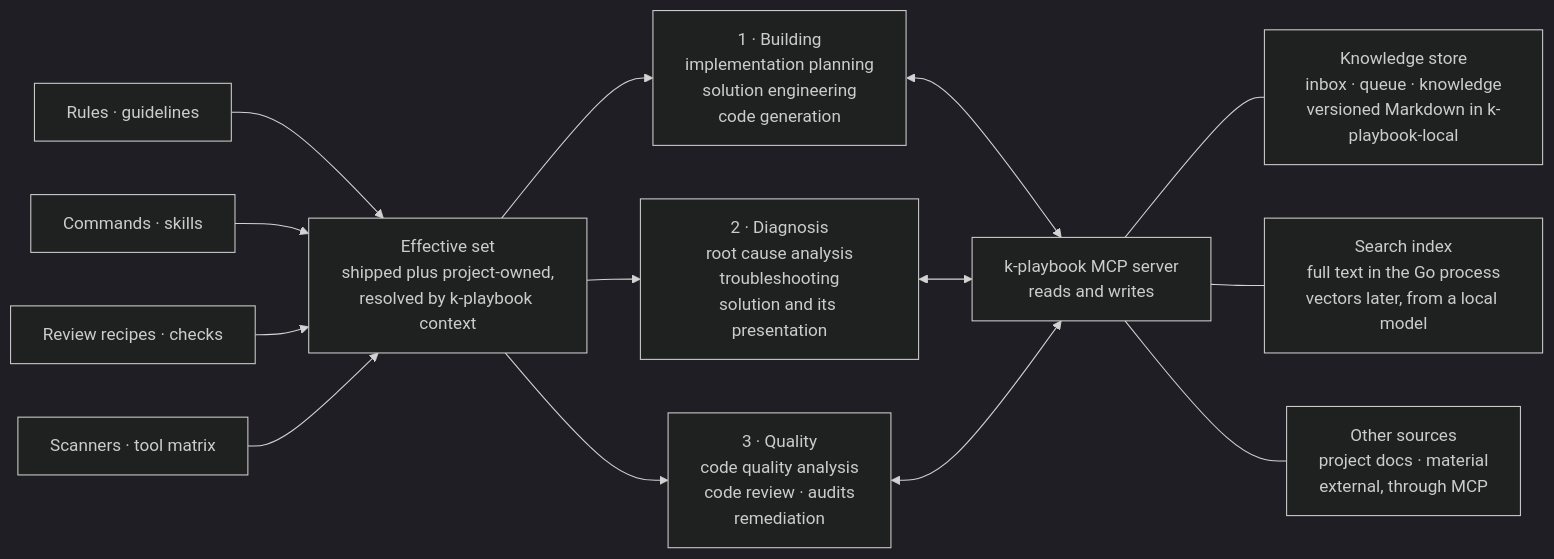
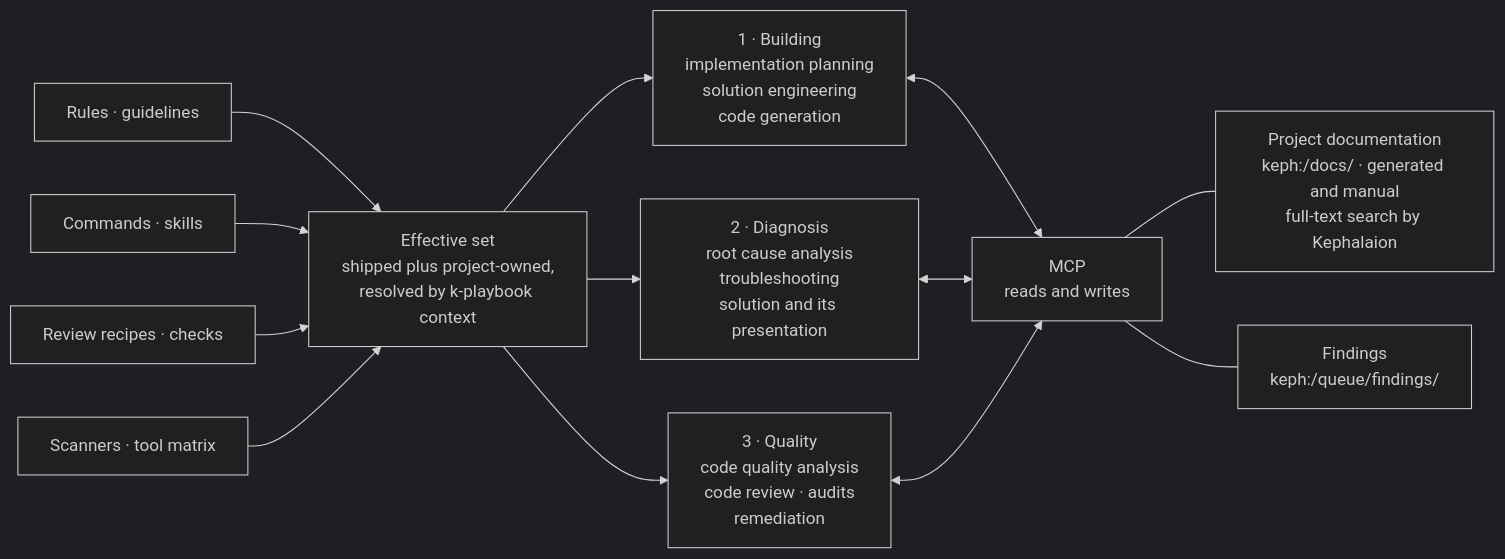
Before and after one commit to kascada/k-playbook: the third of 3 diagrams in docs/overview.md, drawn with Mermaid (dark theme). The commit also changed other lines of this file and 88 other files, not shown here.

````diff
--- a/docs/overview.md
+++ b/docs/overview.md
@@ -108,27 +108,26 @@
 ```mermaid
 flowchart LR
     Rules["Rules · guidelines"] --> Effective
     Skills["Commands · skills"] --> Effective
     Recipes["Review recipes · checks"] --> Effective
     Scanners["Scanners · tool matrix"] --> Effective
 
     Effective["Effective set<br>shipped plus project-owned,<br>resolved by k-playbook context"]
 
     Effective --> Build
     Effective --> Diagnose
     Effective --> Quality
 
     Build["1 · Building<br>implementation planning<br>solution engineering<br>code generation"]
     Diagnose["2 · Diagnosis<br>root cause analysis<br>troubleshooting<br>solution and its presentation"]
     Quality["3 · Quality<br>code quality analysis<br>code review · audits<br>remediation"]
 
     Build <--> MCP
     Diagnose <--> MCP
     Quality <--> MCP
 
-    MCP["k-playbook MCP server<br>reads and writes"]
+    MCP["MCP<br>reads and writes"]
 
-    MCP --- Store["Knowledge store<br>inbox · queue · knowledge<br>versioned Markdown in k-playbook-local"]
-    MCP --- Search["Search index<br>full text in the Go process<br>vectors later, from a local model"]
-    MCP --- Sources["Other sources<br>project docs · material<br>external, through MCP"]
+    MCP --- Docs["Project documentation<br>keph:/docs/ · generated and manual<br>full-text search by Kephalaion"]
+    MCP --- Findings["Findings<br>keph:/queue/findings/"]
 ```
````
